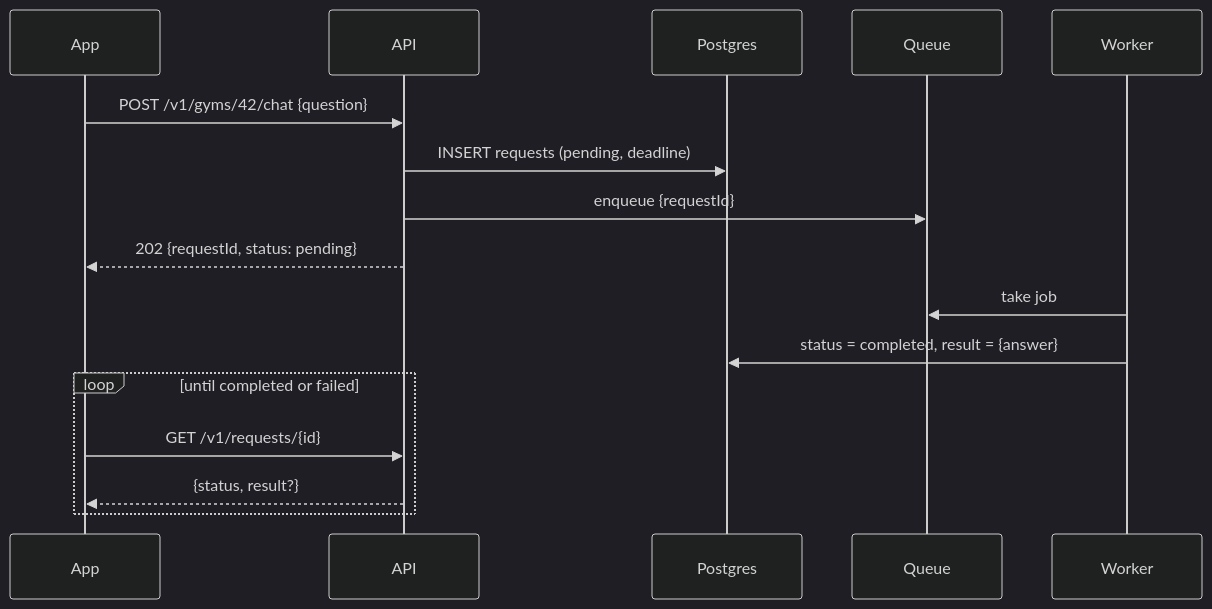
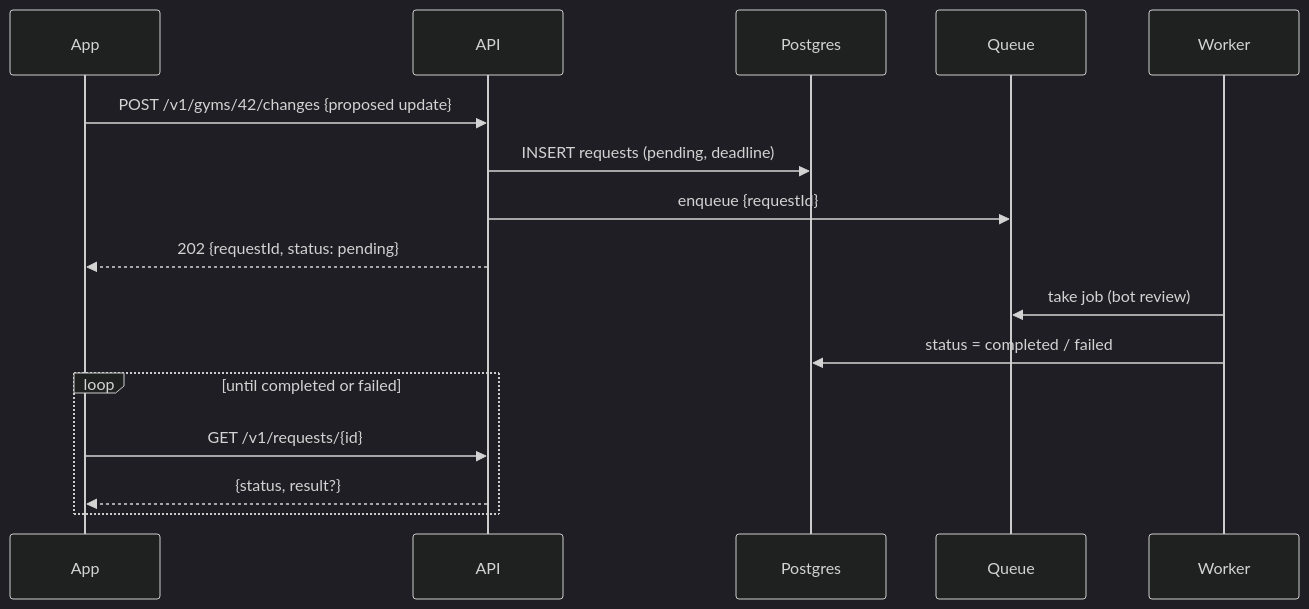
Before and after one commit to AbsentLung/TravelApp: the first of 3 diagrams in API.md, drawn with Mermaid (dark theme). The commit also changed other lines of this file and 3 other files, not shown here.

````diff
--- a/API.md
+++ b/API.md
@@ -38,18 +38,18 @@
 ```mermaid
 sequenceDiagram
     participant App
     participant API
     participant PG as Postgres
     participant Q as Queue
     participant W as Worker
-    App->>API: POST /v1/gyms/42/chat {question}
+    App->>API: POST /v1/gyms/42/changes {proposed update}
     API->>PG: INSERT requests (pending, deadline)
     API->>Q: enqueue {requestId}
     API-->>App: 202 {requestId, status: pending}
-    W->>Q: take job
-    W->>PG: status = completed, result = {answer}
+    W->>Q: take job (bot review)
+    W->>PG: status = completed / failed
     loop until completed or failed
         App->>API: GET /v1/requests/{id}
         API-->>App: {status, result?}
     end
 ```
````
